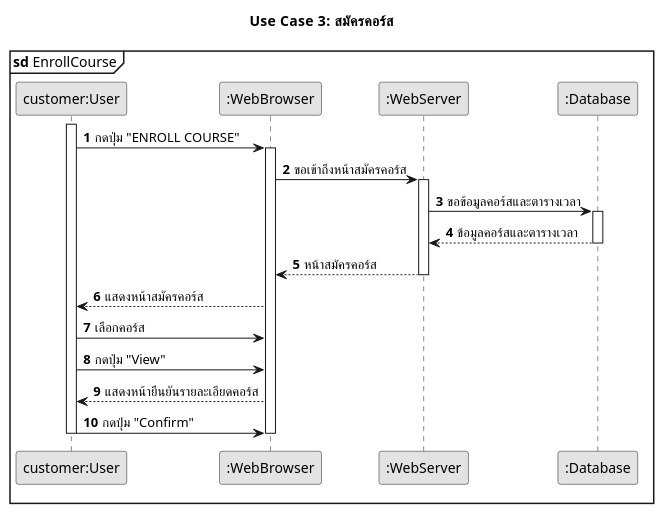
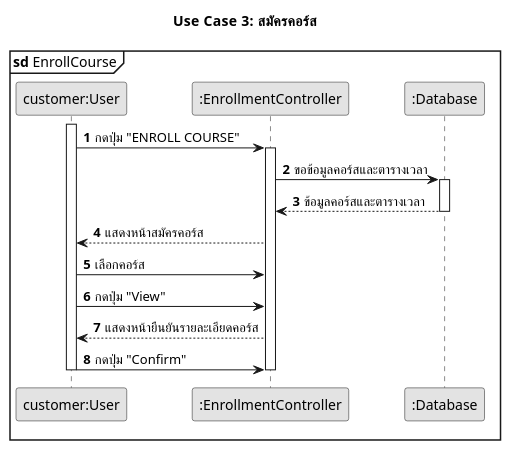
Before and after one commit to SaluteKevin/AQkid: the diagram in Documentation/design/diagrams/source/aqkids-sequence-uc3.puml, drawn with PlantUML. The commit also changed 39 other files, not shown here.

Commit message:
Revise diagrams -- final

```diff
--- a/Documentation/design/diagrams/source/aqkids-sequence-uc3.puml
+++ b/Documentation/design/diagrams/source/aqkids-sequence-uc3.puml
@@ -1,43 +1,36 @@
 @startuml
 !pragma teoz true
 skinparam monochrome true
 skinparam defaultFontName Sarabun
 
 title Use Case 3: สมัครคอร์ส
 mainframe **sd** EnrollCourse
 
 participant "customer:User" as Customer
-participant ":WebBrowser" as Browser
-participant ":WebServer" as Server
+participant ":EnrollmentController" as EnrollmentController
 participant ":Database" as Database
 
 autonumber
 
 activate Customer
-Customer -> Browser: กดปุ่ม "ENROLL COURSE"
+Customer -> EnrollmentController: กดปุ่ม "ENROLL COURSE"
 
-activate Browser
-Browser -> Server: ขอเข้าถึงหน้าสมัครคอร์ส
-
-activate Server
-Server -> Database: ขอข้อมูลคอร์สและตารางเวลา
+activate EnrollmentController
+EnrollmentController -> Database: ขอข้อมูลคอร์สและตารางเวลา
 
 activate Database
-Database --> Server: ข้อมูลคอร์สและตารางเวลา
+Database --> EnrollmentController: ข้อมูลคอร์สและตารางเวลา
 deactivate Database
 
-Server --> Browser: หน้าสมัครคอร์ส
-deactivate Server
+EnrollmentController --> Customer: แสดงหน้าสมัครคอร์ส
 
-Browser --> Customer: แสดงหน้าสมัครคอร์ส
+Customer -> EnrollmentController: เลือกคอร์ส
+Customer -> EnrollmentController: กดปุ่ม "View"
+EnrollmentController --> Customer: แสดงหน้ายืนยันรายละเอียดคอร์ส
 
-Customer -> Browser: เลือกคอร์ส
-Customer -> Browser: กดปุ่ม "View"
-Browser --> Customer: แสดงหน้ายืนยันรายละเอียดคอร์ส
+Customer -> EnrollmentController: กดปุ่ม "Confirm"
 
-Customer -> Browser: กดปุ่ม "Confirm"
-
-deactivate Browser
+deactivate EnrollmentController
 
 deactivate Customer
 @enduml
```
